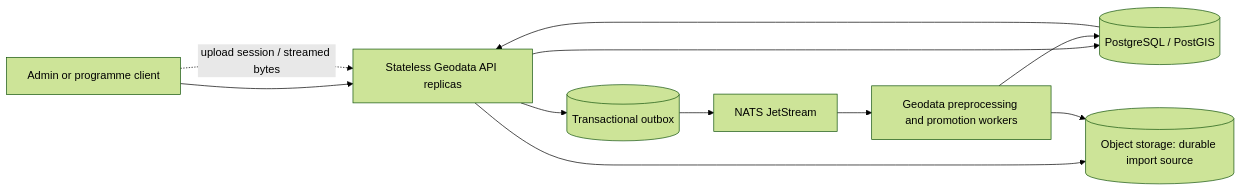
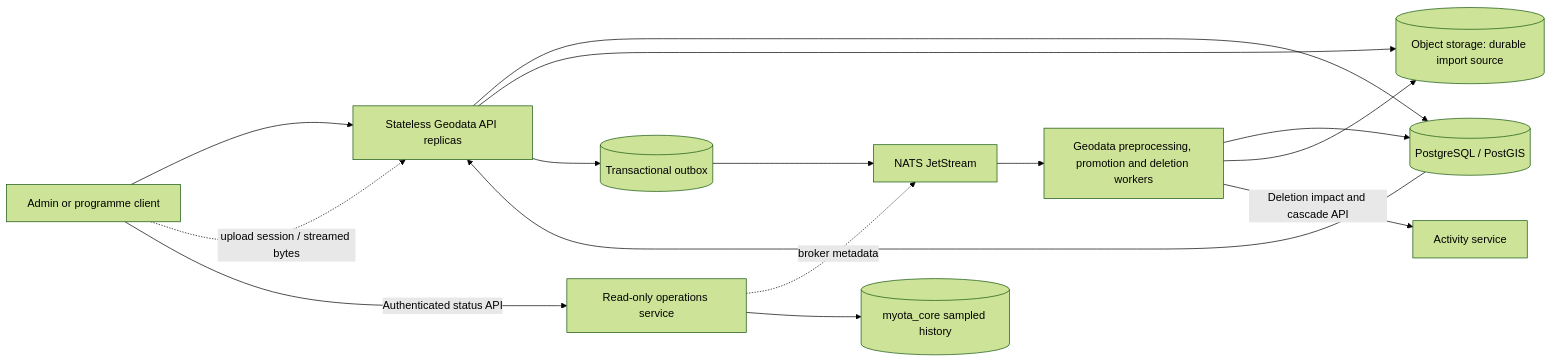
The diagram in docs/geodata-horizontal-scaling-roadmap.md (myota-platform/myota-docs), drawn with Mermaid (forest theme) before and after one commit. The commit also changed other lines of this file and 7 other files, not shown here.

````diff
--- a/docs/geodata-horizontal-scaling-roadmap.md
+++ b/docs/geodata-horizontal-scaling-roadmap.md
@@ -36,13 +62,17 @@
 ```mermaid
 flowchart LR
   Client[Admin or programme client] --> API[Stateless Geodata API replicas]
   API --> DB[(PostgreSQL / PostGIS)]
   Client -. upload session / streamed bytes .-> API
   API --> Obj[(Object storage: durable import source)]
   API --> Outbox[(Transactional outbox)]
   Outbox --> NATS[NATS JetStream]
-  NATS --> Workers[Geodata preprocessing and promotion workers]
+  NATS --> Workers[Geodata preprocessing, promotion and deletion workers]
   Workers --> DB
   Workers --> Obj
+  Workers -->|Deletion impact and cascade API| Activity[Activity service]
+  Ops[Read-only operations service] -. broker metadata .-> NATS
+  Ops --> Core[(myota_core sampled history)]
+  Client -->|Authenticated status API| Ops
   DB --> API
 ```
````
